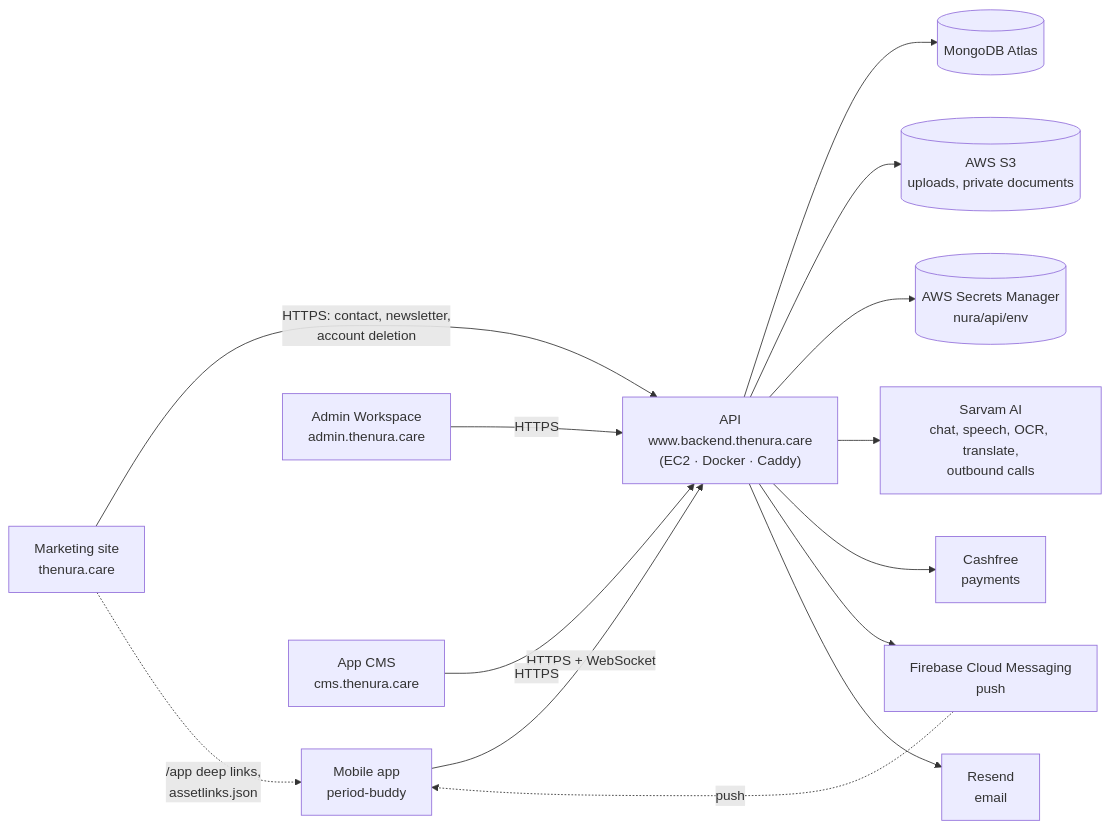
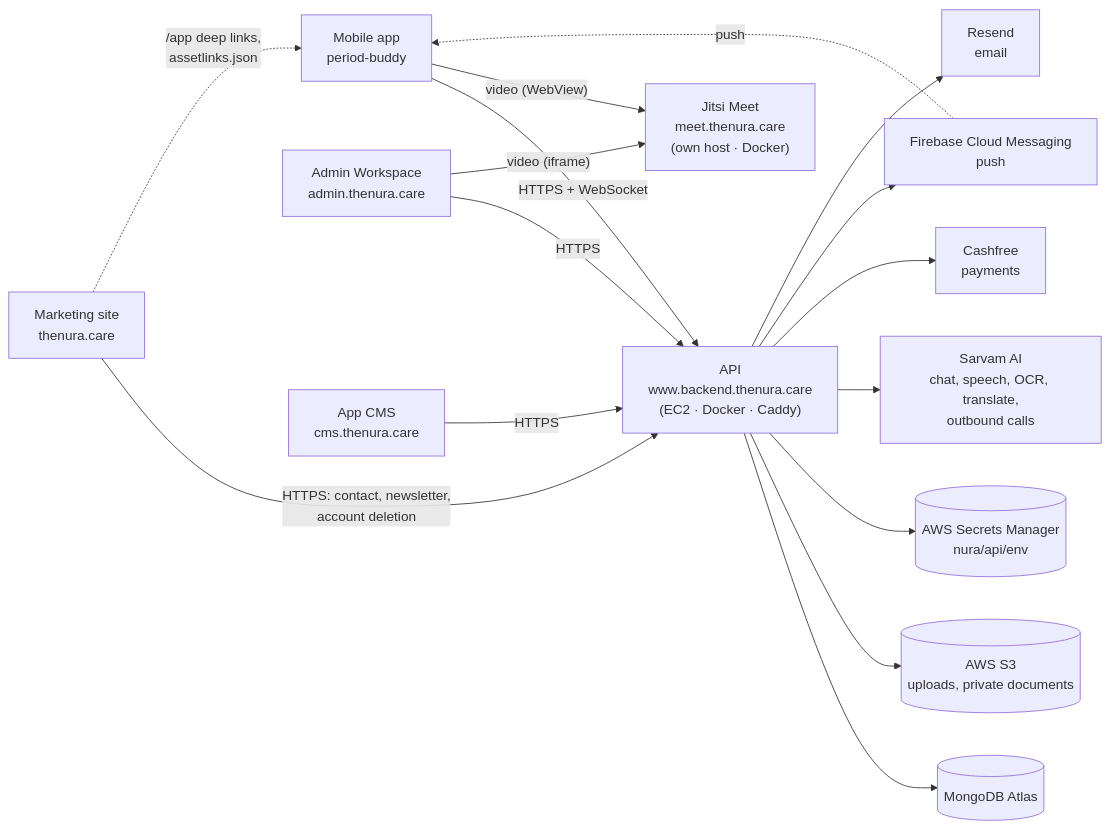
One commit to utkarshpayal/period-buddy changed the diagram in docs/ARCHITECTURE.md. Above: the diagram before and after it, drawn with Mermaid. The commit also changed other lines of this file and 31 other files, not shown here.

````diff
--- a/docs/ARCHITECTURE.md
+++ b/docs/ARCHITECTURE.md
@@ -26,17 +26,19 @@
 ```mermaid
 flowchart LR
   app["Mobile app<br/>period-buddy"] -->|HTTPS + WebSocket| api
   admin["Admin Workspace<br/>admin.thenura.care"] -->|HTTPS| api
   cms["App CMS<br/>cms.thenura.care"] -->|HTTPS| api
   web["Marketing site<br/>thenura.care"] -->|HTTPS: contact, newsletter,<br/>account deletion| api
   api["API<br/>www.backend.thenura.care<br/>(EC2 · Docker · Caddy)"]
   api --> db[("MongoDB Atlas")]
   api --> s3[("AWS S3<br/>uploads, private documents")]
   api --> sm[("AWS Secrets Manager<br/>nura/api/env")]
   api --> sarvam["Sarvam AI<br/>chat, speech, OCR, translate,<br/>outbound calls"]
   api --> cf["Cashfree<br/>payments"]
   api --> fcm["Firebase Cloud Messaging<br/>push"]
   api --> resend["Resend<br/>email"]
+  app -->|"video (WebView)"| jitsi["Jitsi Meet<br/>meet.thenura.care<br/>(own host · Docker)"]
+  admin -->|"video (iframe)"| jitsi
   fcm -.->|push| app
   web -. "/app deep links,<br/>assetlinks.json" .-> app
 ```
````
